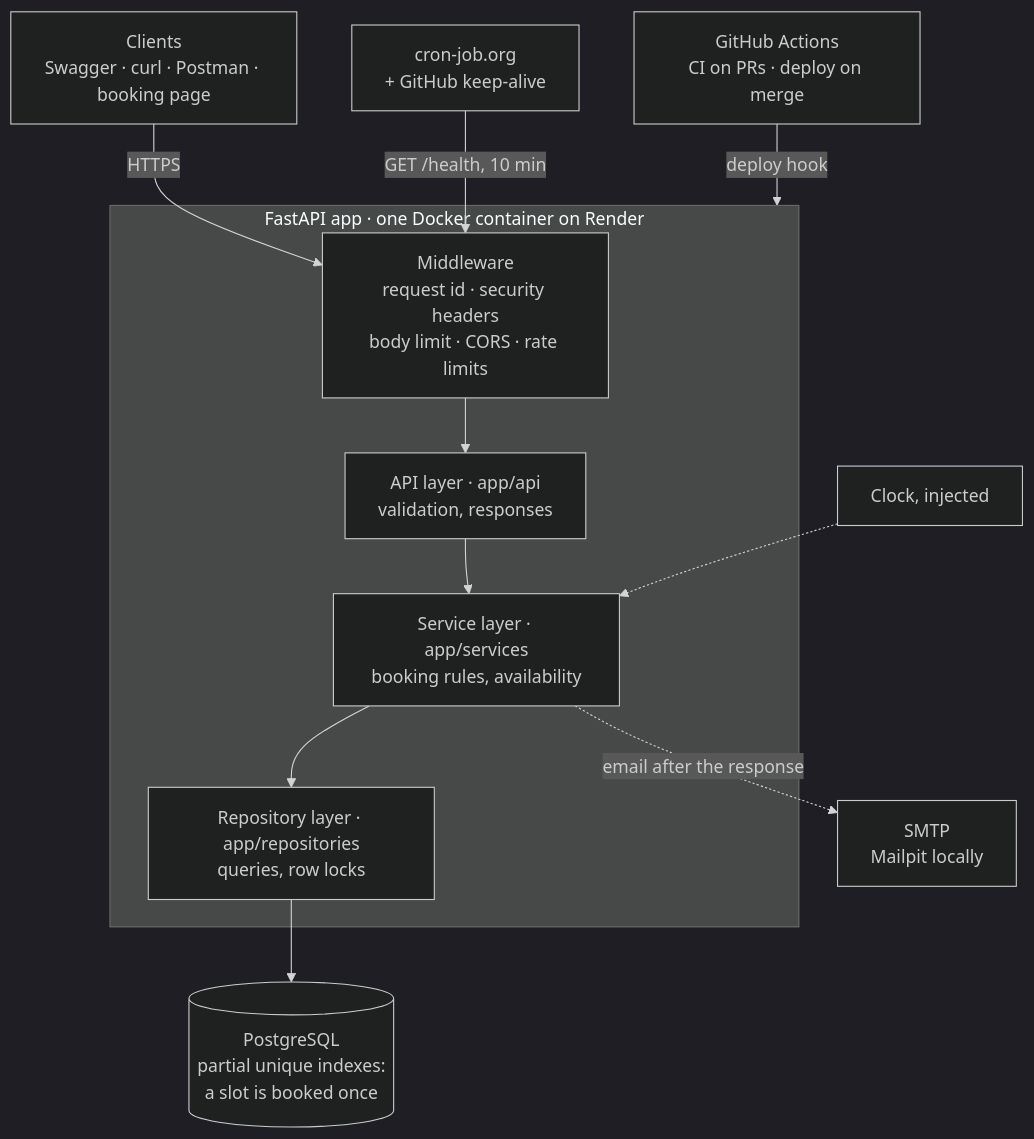
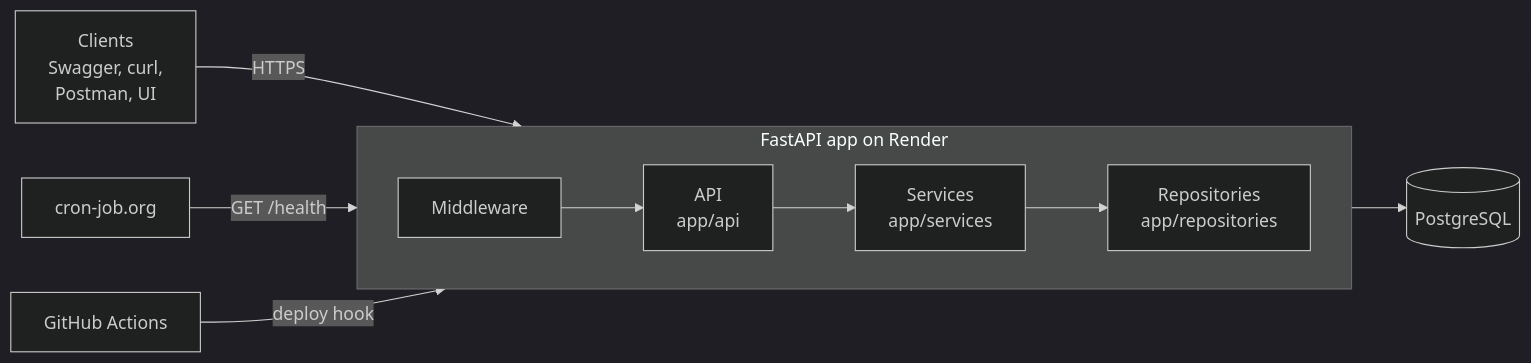
One commit to MundatiC/clinic-booking-system changed the first of 2 diagrams in README.md. Above: the diagram before and after it, drawn with Mermaid (dark theme). The commit also changed other lines of this file, not shown here.

Commit message:
docs: architecture diagram left to right with short labels

````diff
--- a/README.md
+++ b/README.md
@@ -228,16 +228,11 @@
 ```mermaid
-flowchart TD
-    client["Clients<br/>Swagger · curl · Postman · booking page"] -->|HTTPS| mw
-    subgraph app["FastAPI app · one Docker container on Render"]
-        mw["Middleware<br/>request id · security headers<br/>body limit · CORS · rate limits"]
-        api["API layer · app/api<br/>validation, responses"]
-        svc["Service layer · app/services<br/>booking rules, availability"]
-        repo["Repository layer · app/repositories<br/>queries, row locks"]
-        mw --> api --> svc --> repo
+flowchart LR
+    client["Clients<br/>Swagger, curl,<br/>Postman, UI"] -->|HTTPS| mw
+    subgraph app["FastAPI app on Render"]
+        direction LR
+        mw["Middleware"] --> api["API<br/>app/api"] --> svc["Services<br/>app/services"] --> repo["Repositories<br/>app/repositories"]
     end
-    clock["Clock, injected"] -.-> svc
-    repo --> db[("PostgreSQL<br/>partial unique indexes:<br/>a slot is booked once")]
-    svc -.->|email after the response| smtp["SMTP<br/>Mailpit locally"]
-    gha["GitHub Actions<br/>CI on PRs · deploy on merge"] -->|deploy hook| app
-    ping["cron-job.org<br/>+ GitHub keep-alive"] -->|GET /health, 10 min| mw
+    repo --> db[("PostgreSQL")]
+    gha["GitHub Actions"] -->|deploy hook| app
+    ping["cron-job.org"] -->|GET /health| mw
 ```
````
